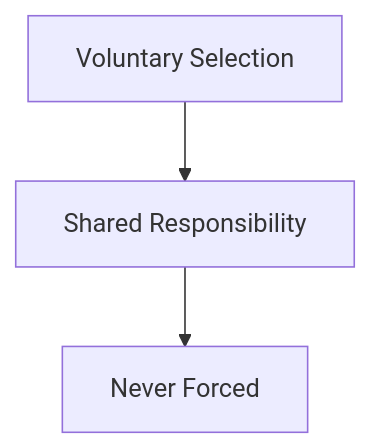
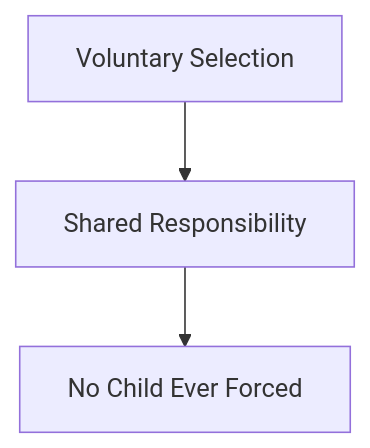
Before and after one commit to charlesjnichols/keeper-academy: the ninth of 11 diagrams in slides/02-curriculum-6-9.md, drawn with Mermaid. The commit also changed other lines of this file and 9 other files, not shown here.

````diff
--- a/slides/02-curriculum-6-9.md
+++ b/slides/02-curriculum-6-9.md
@@ -356,6 +347,5 @@
 ```mermaid {theme: 'base', scale: 0.7}
 flowchart TD
     A[Voluntary Selection] --> B[Shared Responsibility]
-    B --> C[Never Forced]
-
+    B --> C[No Child Ever Forced]
 ```
````
